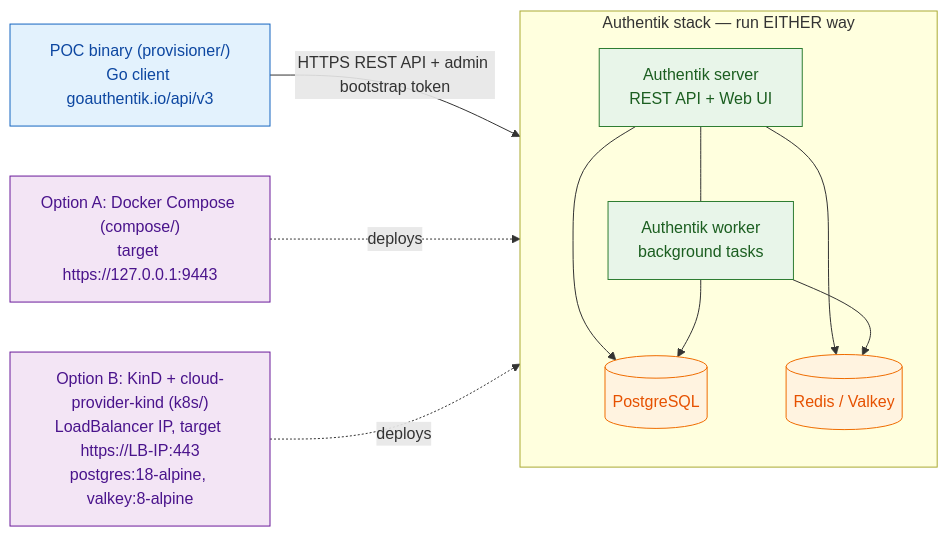
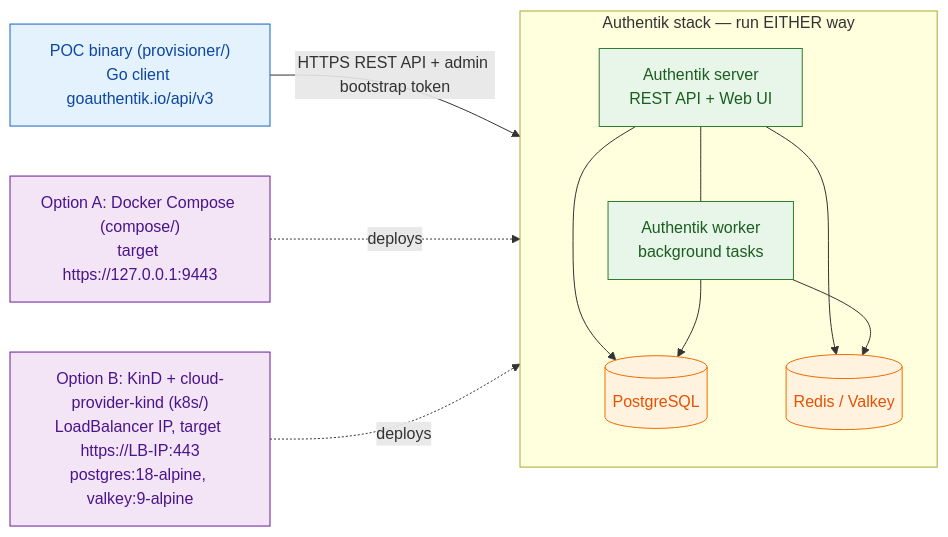
One commit to AndriyKalashnykov/authentik-k8s changed the first of 2 diagrams in README.md. Above: the diagram before and after it, drawn with Mermaid. The commit also changed 1 other file, not shown here.

Commit message:
docs: fix valkey diagram drift (8->9) + add Upgrade Backlog (upgrade-analysis) (#21)
- README architecture diagram said valkey:8-alpine; the k8s manifest moved to
  valkey:9-alpine when #15 merged this session. Sync the tech-string.
- CLAUDE.md: add ## Upgrade Backlog with the deferred monitor items from the
  /upgrade-analysis run (CockroachDB #169981, YugabyteDB DDL-transaction
  conflicts, Renovate lock-file-maintenance) — repo is otherwise fully current.

````diff
--- a/README.md
+++ b/README.md
@@ -20,34 +20,34 @@
 ```mermaid
 flowchart LR
     POC["POC binary (provisioner/)<br/>Go client goauthentik.io/api/v3"]
 
     subgraph AUTHENTIK["Authentik stack — run EITHER way"]
         direction TB
         SERVER["Authentik server<br/>REST API + Web UI"]
         WORKER["Authentik worker<br/>background tasks"]
         PG[("PostgreSQL")]
         REDIS[("Redis / Valkey")]
         SERVER --- WORKER
         SERVER --> PG
         SERVER --> REDIS
         WORKER --> PG
         WORKER --> REDIS
     end
 
     POC -->|"HTTPS REST API + admin bootstrap token"| SERVER
 
     COMPOSE["Option A: Docker Compose (compose/)<br/>target https://127.0.0.1:9443"]
-    KIND["Option B: KinD + cloud-provider-kind (k8s/)<br/>LoadBalancer IP, target https://LB-IP:443<br/>postgres:18-alpine, valkey:8-alpine"]
+    KIND["Option B: KinD + cloud-provider-kind (k8s/)<br/>LoadBalancer IP, target https://LB-IP:443<br/>postgres:18-alpine, valkey:9-alpine"]
 
     COMPOSE -.deploys.-> AUTHENTIK
     KIND -.deploys.-> AUTHENTIK
 
     classDef poc fill:#e3f2fd,stroke:#1565c0,color:#0d47a1;
     classDef svc fill:#e8f5e9,stroke:#2e7d32,color:#1b5e20;
     classDef data fill:#fff3e0,stroke:#ef6c00,color:#e65100;
     classDef deploy fill:#f3e5f5,stroke:#6a1b9a,color:#4a148c;
     class POC poc;
     class SERVER,WORKER svc;
     class PG,REDIS data;
     class COMPOSE,KIND deploy;
 ```
````
